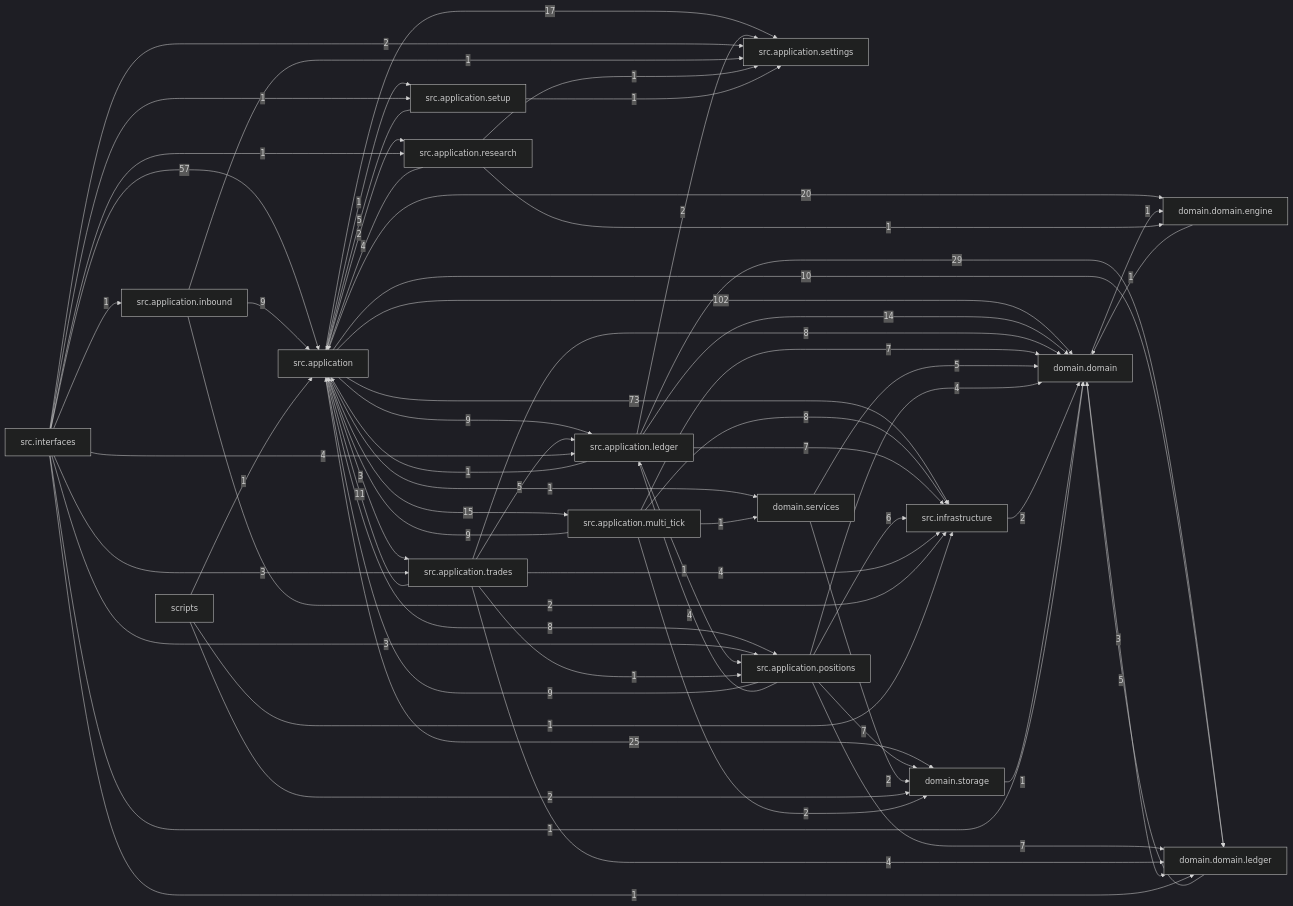
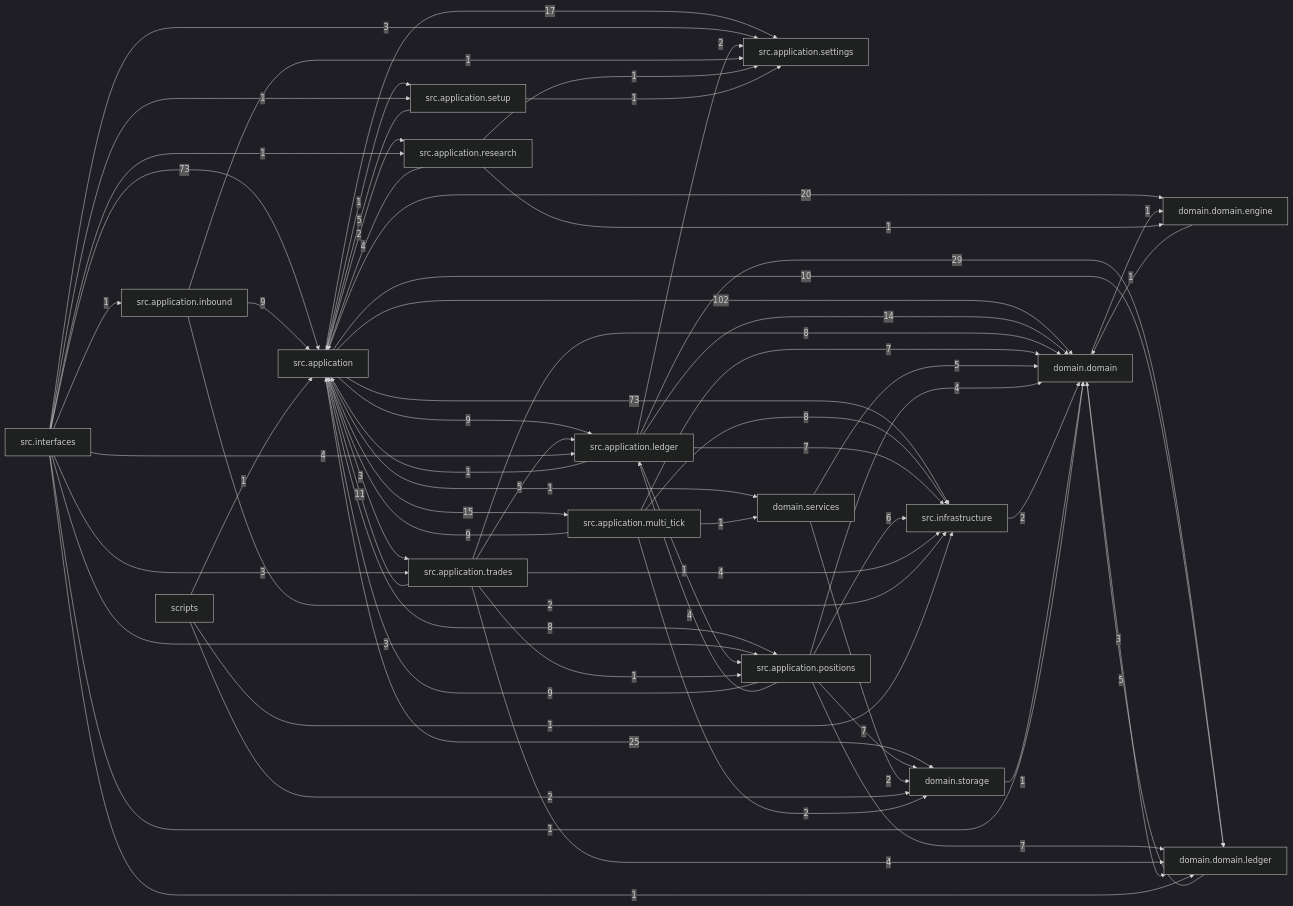
Before and after one commit to liuxie066/options-monitor: the diagram in docs/dependency_graph.mmd, drawn with Mermaid (dark theme). The commit also changed 11 other files, not shown here.

```diff
--- a/docs/dependency_graph.mmd
+++ b/docs/dependency_graph.mmd
@@ -1,66 +1,66 @@
 flowchart LR
   src_application["src.application"] -->|102| domain_domain["domain.domain"]
   src_application["src.application"] -->|73| src_infrastructure["src.infrastructure"]
-  src_interfaces["src.interfaces"] -->|57| src_application["src.application"]
+  src_interfaces["src.interfaces"] -->|73| src_application["src.application"]
   src_application_ledger["src.application.ledger"] -->|29| domain_domain_ledger["domain.domain.ledger"]
   src_application["src.application"] -->|25| domain_storage["domain.storage"]
   src_application["src.application"] -->|20| domain_domain_engine["domain.domain.engine"]
   src_application["src.application"] -->|17| src_application_settings["src.application.settings"]
   src_application["src.application"] -->|15| src_application_multi_tick["src.application.multi_tick"]
   src_application_ledger["src.application.ledger"] -->|14| domain_domain["domain.domain"]
   src_application_trades["src.application.trades"] -->|11| src_application["src.application"]
   src_application["src.application"] -->|10| domain_domain_ledger["domain.domain.ledger"]
   src_application["src.application"] -->|9| src_application_ledger["src.application.ledger"]
   src_application_inbound["src.application.inbound"] -->|9| src_application["src.application"]
   src_application_multi_tick["src.application.multi_tick"] -->|9| src_application["src.application"]
   src_application_positions["src.application.positions"] -->|9| src_application["src.application"]
   src_application["src.application"] -->|8| src_application_positions["src.application.positions"]
   src_application_multi_tick["src.application.multi_tick"] -->|8| src_infrastructure["src.infrastructure"]
   src_application_trades["src.application.trades"] -->|8| domain_domain["domain.domain"]
   src_application_ledger["src.application.ledger"] -->|7| src_infrastructure["src.infrastructure"]
   src_application_multi_tick["src.application.multi_tick"] -->|7| domain_domain["domain.domain"]
   src_application_positions["src.application.positions"] -->|7| domain_domain_ledger["domain.domain.ledger"]
   src_application_positions["src.application.positions"] -->|7| domain_storage["domain.storage"]
   src_application_positions["src.application.positions"] -->|6| src_infrastructure["src.infrastructure"]
   domain_domain_ledger["domain.domain.ledger"] -->|5| domain_domain["domain.domain"]
   domain_services["domain.services"] -->|5| domain_domain["domain.domain"]
   src_application_setup["src.application.setup"] -->|5| src_application["src.application"]
   src_application_trades["src.application.trades"] -->|5| src_application_ledger["src.application.ledger"]
   src_application_positions["src.application.positions"] -->|4| domain_domain["domain.domain"]
   src_application_positions["src.application.positions"] -->|4| src_application_ledger["src.application.ledger"]
   src_application_research["src.application.research"] -->|4| src_application["src.application"]
   src_application_trades["src.application.trades"] -->|4| domain_domain_ledger["domain.domain.ledger"]
   src_application_trades["src.application.trades"] -->|4| src_infrastructure["src.infrastructure"]
   src_interfaces["src.interfaces"] -->|4| src_application_ledger["src.application.ledger"]
   domain_domain["domain.domain"] -->|3| domain_domain_ledger["domain.domain.ledger"]
   src_application["src.application"] -->|3| src_application_trades["src.application.trades"]
   src_interfaces["src.interfaces"] -->|3| src_application_positions["src.application.positions"]
+  src_interfaces["src.interfaces"] -->|3| src_application_settings["src.application.settings"]
   src_interfaces["src.interfaces"] -->|3| src_application_trades["src.application.trades"]
   domain_services["domain.services"] -->|2| domain_storage["domain.storage"]
   scripts["scripts"] -->|2| domain_storage["domain.storage"]
   src_application["src.application"] -->|2| src_application_research["src.application.research"]
   src_application_inbound["src.application.inbound"] -->|2| src_infrastructure["src.infrastructure"]
   src_application_ledger["src.application.ledger"] -->|2| src_application_settings["src.application.settings"]
   src_application_multi_tick["src.application.multi_tick"] -->|2| domain_storage["domain.storage"]
   src_infrastructure["src.infrastructure"] -->|2| domain_domain["domain.domain"]
-  src_interfaces["src.interfaces"] -->|2| src_application_settings["src.application.settings"]
   domain_domain["domain.domain"] -->|1| domain_domain_engine["domain.domain.engine"]
   domain_domain_engine["domain.domain.engine"] -->|1| domain_domain["domain.domain"]
   domain_storage["domain.storage"] -->|1| domain_domain["domain.domain"]
   scripts["scripts"] -->|1| src_application["src.application"]
   scripts["scripts"] -->|1| src_infrastructure["src.infrastructure"]
   src_application["src.application"] -->|1| domain_services["domain.services"]
   src_application["src.application"] -->|1| src_application_setup["src.application.setup"]
   src_application_inbound["src.application.inbound"] -->|1| src_application_settings["src.application.settings"]
   src_application_ledger["src.application.ledger"] -->|1| src_application["src.application"]
   src_application_ledger["src.application.ledger"] -->|1| src_application_positions["src.application.positions"]
   src_application_multi_tick["src.application.multi_tick"] -->|1| domain_services["domain.services"]
   src_application_research["src.application.research"] -->|1| domain_domain_engine["domain.domain.engine"]
   src_application_research["src.application.research"] -->|1| src_application_settings["src.application.settings"]
   src_application_setup["src.application.setup"] -->|1| src_application_settings["src.application.settings"]
   src_application_trades["src.application.trades"] -->|1| src_application_positions["src.application.positions"]
   src_interfaces["src.interfaces"] -->|1| domain_domain["domain.domain"]
   src_interfaces["src.interfaces"] -->|1| domain_domain_ledger["domain.domain.ledger"]
   src_interfaces["src.interfaces"] -->|1| src_application_inbound["src.application.inbound"]
   src_interfaces["src.interfaces"] -->|1| src_application_research["src.application.research"]
   src_interfaces["src.interfaces"] -->|1| src_application_setup["src.application.setup"]
```
